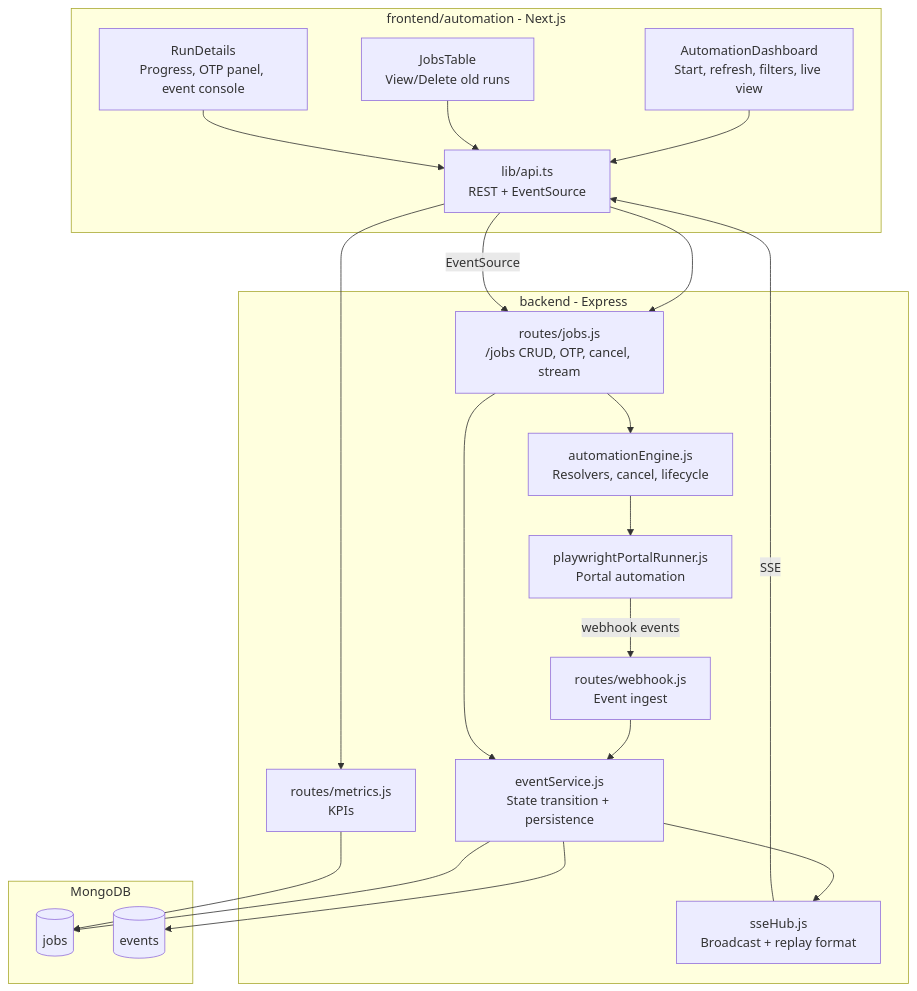
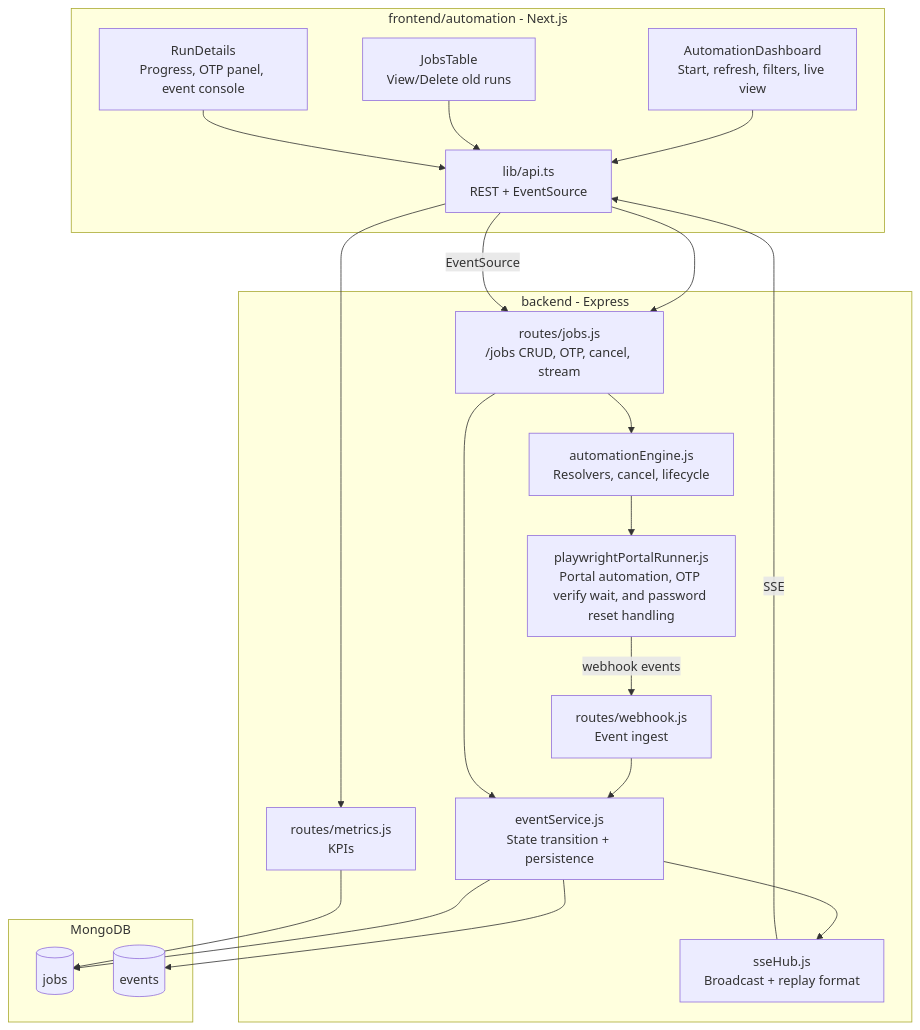
The third of 5 diagrams in README.md (dhananjayverma/Automation_frontend), drawn with Mermaid before and after one commit. The commit also changed other lines of this file and 1 other file, not shown here.

````diff
--- a/README.md
+++ b/README.md
@@ -161,42 +162,42 @@
 ```mermaid
 flowchart TB
     subgraph Frontend["frontend/automation - Next.js"]
         Dashboard["AutomationDashboard\nStart, refresh, filters, live view"]
         Table["JobsTable\nView/Delete old runs"]
         Details["RunDetails\nProgress, OTP panel, event console"]
         ApiClient["lib/api.ts\nREST + EventSource"]
     end
 
     subgraph Backend["backend - Express"]
         JobsRoute["routes/jobs.js\n/jobs CRUD, OTP, cancel, stream"]
         WebhookRoute["routes/webhook.js\nEvent ingest"]
         MetricsRoute["routes/metrics.js\nKPIs"]
         Engine["automationEngine.js\nResolvers, cancel, lifecycle"]
-        Runner["playwrightPortalRunner.js\nPortal automation"]
+        Runner["playwrightPortalRunner.js\nPortal automation, OTP verify wait, and password reset handling"]
         EventService["eventService.js\nState transition + persistence"]
         SseHub["sseHub.js\nBroadcast + replay format"]
     end
 
     subgraph Storage["MongoDB"]
         Jobs[(jobs)]
         Events[(events)]
     end
 
     Dashboard --> ApiClient
     Table --> ApiClient
     Details --> ApiClient
     ApiClient --> JobsRoute
     ApiClient --> MetricsRoute
     ApiClient -->|EventSource| JobsRoute
 
     JobsRoute --> Engine
     Engine --> Runner
     Runner -->|webhook events| WebhookRoute
     WebhookRoute --> EventService
     JobsRoute --> EventService
     EventService --> Jobs
     EventService --> Events
     EventService --> SseHub
     SseHub -->|SSE| ApiClient
     MetricsRoute --> Jobs
 ```
````
